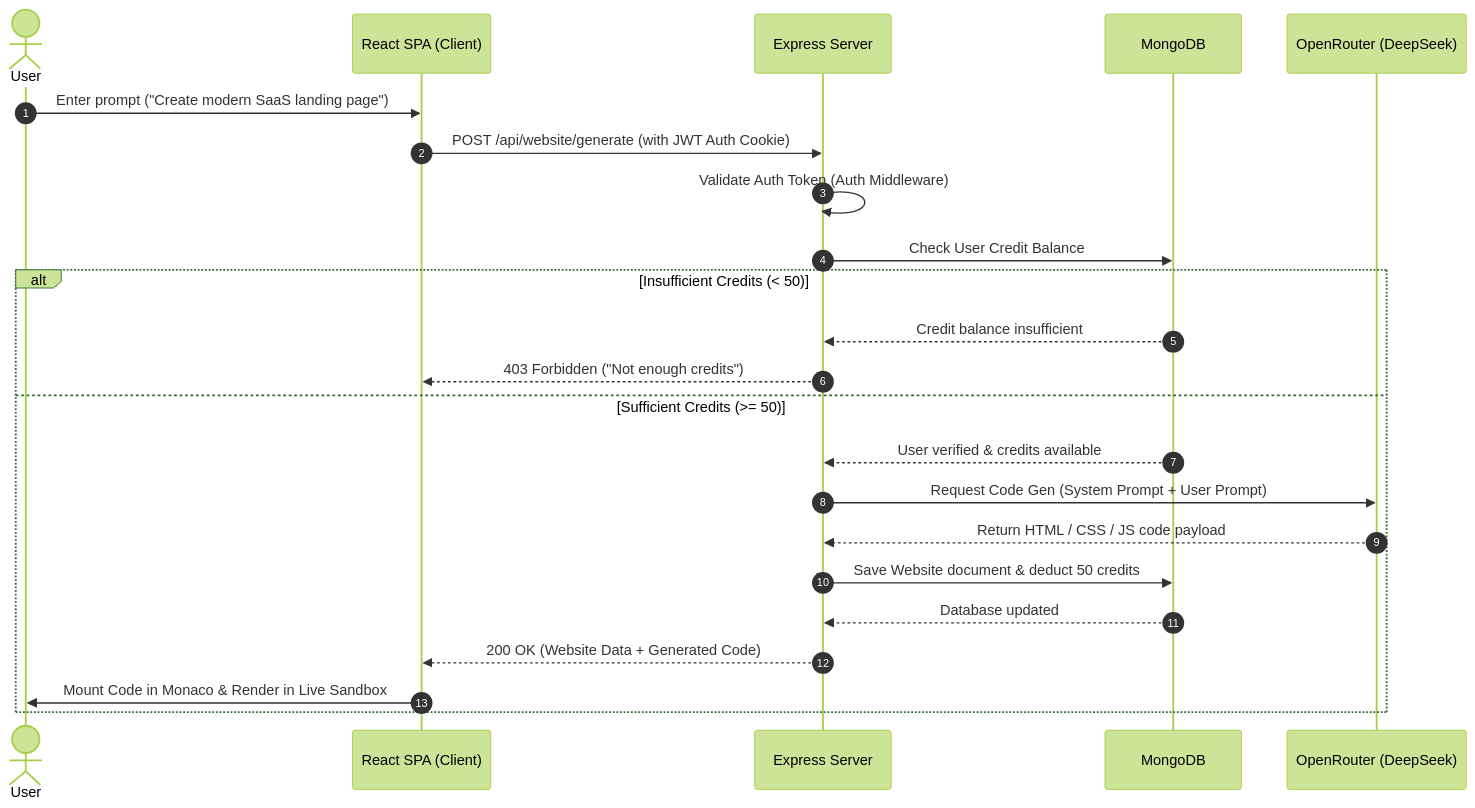
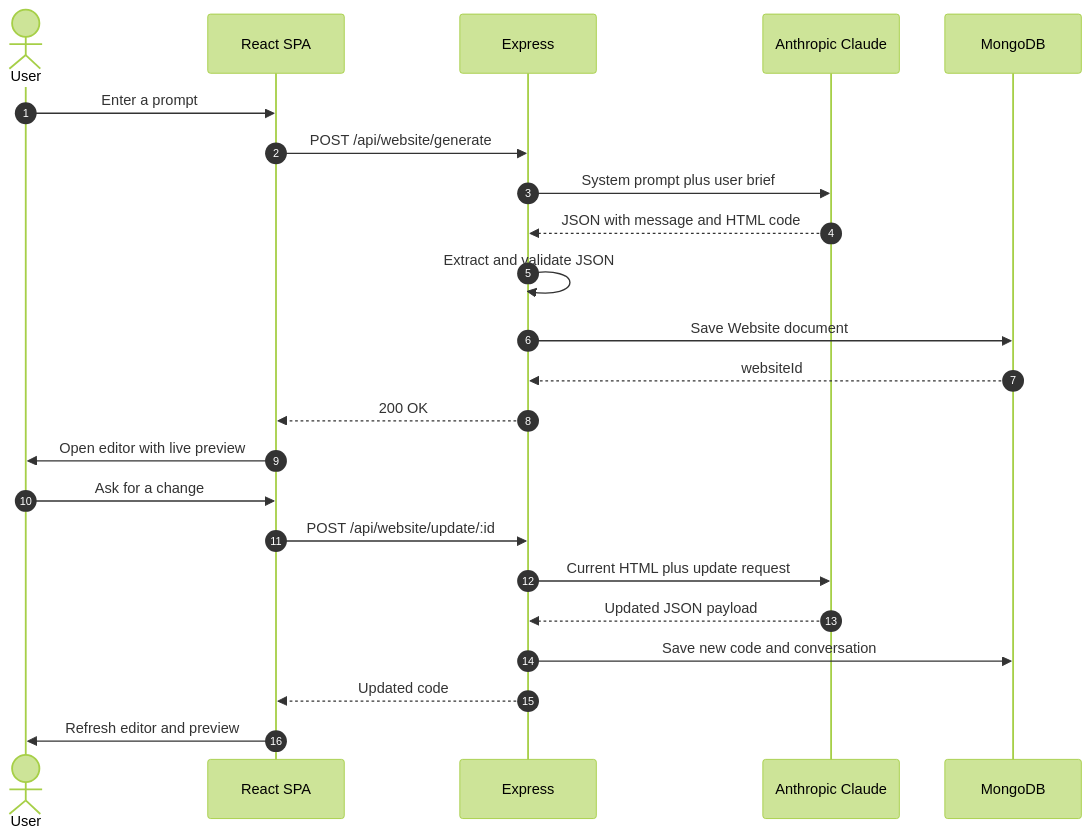
One commit to sshivanshg/gen-web-ai-main changed the second of 3 diagrams in README.md. Above: the diagram before and after it, drawn with Mermaid (forest theme). The commit also changed other lines of this file and 8 other files, not shown here.

````diff
--- a/README.md
+++ b/README.md
@@ -123,27 +105,27 @@
 ```mermaid
 sequenceDiagram
     autonumber
     actor User
-    participant Client as React SPA (Client)
-    participant Server as Express Server
+    participant Client as React SPA
+    participant Server as Express
+    participant AI as Anthropic Claude
     participant DB as MongoDB
-    participant AI as OpenRouter (DeepSeek)
 
-    User->>Client: Enter prompt ("Create modern SaaS landing page")
-    Client->>Server: POST /api/website/generate (with JWT Auth Cookie)
-    Server->>Server: Validate Auth Token (Auth Middleware)
-    Server->>DB: Check User Credit Balance
-    
-    alt Insufficient Credits (< 50)
-        DB-->>Server: Credit balance insufficient
-        Server-->>Client: 403 Forbidden ("Not enough credits")
-    else Sufficient Credits (>= 50)
-        DB-->>Server: User verified & credits available
-        Server->>AI: Request Code Gen (System Prompt + User Prompt)
-        AI-->>Server: Return HTML / CSS / JS code payload
-        Server->>DB: Save Website document & deduct 50 credits
-        DB-->>Server: Database updated
-        Server-->>Client: 200 OK (Website Data + Generated Code)
-        Client->>User: Mount Code in Monaco & Render in Live Sandbox
-    end
+    User->>Client: Enter a prompt
+    Client->>Server: POST /api/website/generate
+    Server->>AI: System prompt plus user brief
+    AI-->>Server: JSON with message and HTML code
+    Server->>Server: Extract and validate JSON
+    Server->>DB: Save Website document
+    DB-->>Server: websiteId
+    Server-->>Client: 200 OK
+    Client->>User: Open editor with live preview
+
+    User->>Client: Ask for a change
+    Client->>Server: POST /api/website/update/:id
+    Server->>AI: Current HTML plus update request
+    AI-->>Server: Updated JSON payload
+    Server->>DB: Save new code and conversation
+    Server-->>Client: Updated code
+    Client->>User: Refresh editor and preview
 ```
````
